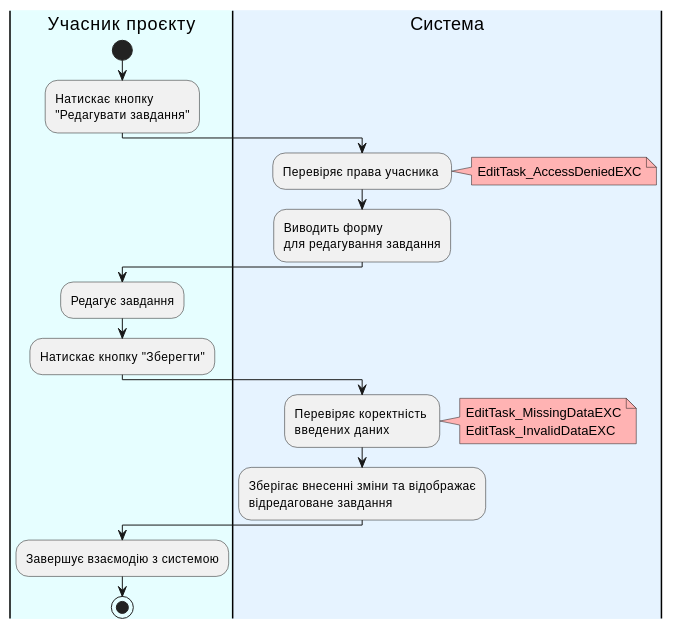
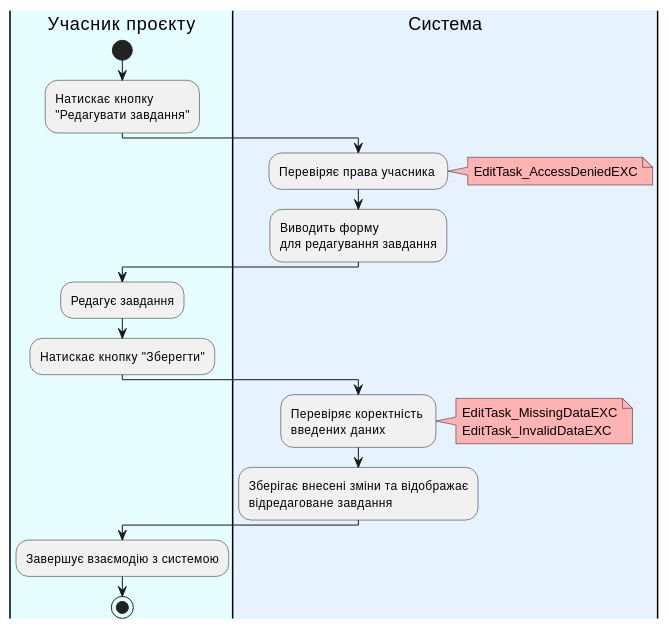
One commit to wiiiolettaaaaa/coursework_database changed diagram 14 of 27 in docs/use cases/README.md. Above: the diagram before and after it, drawn with PlantUML. The commit also changed other lines of this file, not shown here.

```diff
--- a/docs/use cases/README.md
+++ b/docs/use cases/README.md
@@ -617,34 +617,34 @@
 @startuml
 
 |#e6feff|Учасник проєкту|
 start;
 :Натискає кнопку \n"Редагувати завдання";
 
 |#e6f3ff|Система|
 :Перевіряє права учасника ;
 
 note right #ffb3b3
 EditTask_AccessDeniedEXC
 end note
 
 :Виводить форму \nдля редагування завдання;
 
 |Учасник проєкту|
 :Редагує завдання;
 :Натискає кнопку "Зберегти";
 
 |Система|
 :Перевіряє коректність \nвведених даних;
 
 note right #ffb3b3
 EditTask_MissingDataEXC
 EditTask_InvalidDataEXC
 end note
 
-:Зберігає внесенні зміни та відображає\nвідредаговане завдання;
+:Зберігає внесені зміни та відображає\nвідредаговане завдання;
 
 |Учасник проєкту|
 :Завершує взаємодію з системою;
 stop;
 
 @enduml
```
